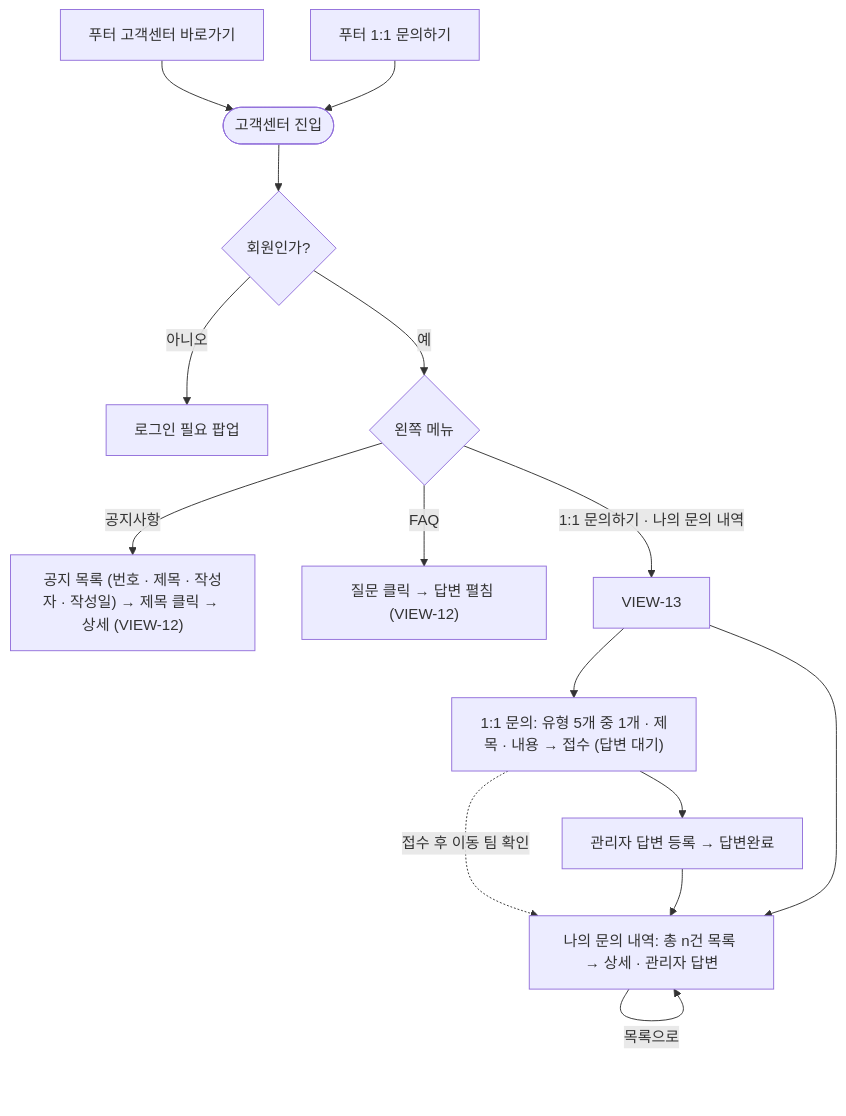
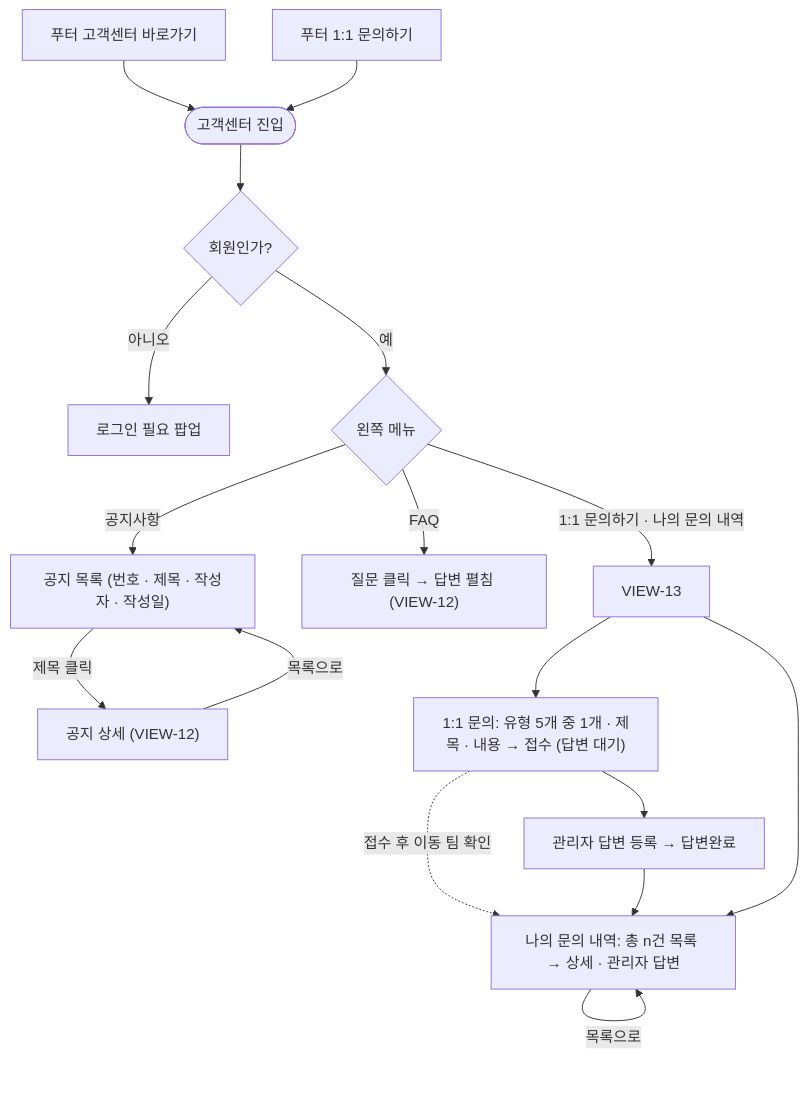
Before and after one commit to team-ap-cert-sniper/cert-sniper: diagram 11 of 12 in docs/FLOWCHART.md, drawn with Mermaid. The commit also changed other lines of this file and 361 other files, not shown here.

````diff
--- a/docs/FLOWCHART.md
+++ b/docs/FLOWCHART.md
@@ -383,17 +382,19 @@
 ```mermaid
 flowchart TD
   FT1["푸터 고객센터 바로가기"] --> A(["고객센터 진입"])
   FT2["푸터 1:1 문의하기"] --> A
   A --> LG{"회원인가?"}
   LG -->|아니오| P["로그인 필요 팝업"]
   LG -->|예| M{"왼쪽 메뉴"}
-  M -->|공지사항| N["공지 목록 (번호 · 제목 · 작성자 · 작성일) → 제목 클릭 → 상세 (VIEW-12)"]
+  M -->|공지사항| N["공지 목록 (번호 · 제목 · 작성자 · 작성일)"]
+  N -->|제목 클릭| ND["공지 상세 (VIEW-12)"]
+  ND -->|목록으로| N
   M -->|FAQ| F["질문 클릭 → 답변 펼침 (VIEW-12)"]
   M -->|1:1 문의하기 · 나의 문의 내역| V13["VIEW-13"]
   V13 --> Q["1:1 문의: 유형 5개 중 1개 · 제목 · 내용 → 접수 (답변 대기)"]
   Q -.->|접수 후 이동 팀 확인| H
   V13 --> H["나의 문의 내역: 총 n건 목록 → 상세 · 관리자 답변"]
   H -->|목록으로| H
   Q --> ADM["관리자 답변 등록 → 답변완료"]
   ADM --> H
 ```
````
